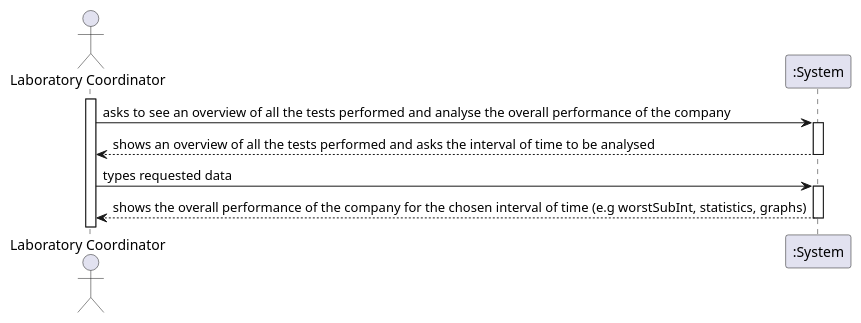
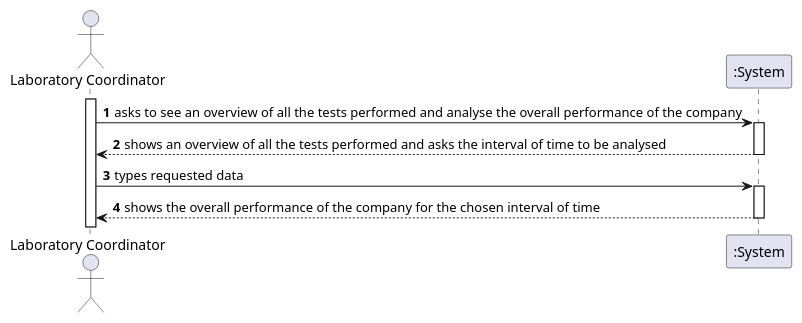
Before and after one commit to ana-albergaria/LAPR2-ISEP: the diagram in docs/SprintD/US_16/US16_SSD.puml, drawn with PlantUML. The commit also changed 2 other files, not shown here.

```diff
--- a/docs/SprintD/US_16/US16_SSD.puml
+++ b/docs/SprintD/US_16/US16_SSD.puml
@@ -1,16 +1,16 @@
 @startuml
-
+autonumber
 actor "Laboratory Coordinator" as LC
 
 activate LC
 LC-> ":System" : asks to see an overview of all the tests performed and analyse the overall performance of the company
 activate ":System"
 ":System" --> LC : shows an overview of all the tests performed and asks the interval of time to be analysed
 deactivate ":System"
 
 LC-> ":System" : types requested data
 activate ":System"
-":System" --> LC : shows the overall performance of the company for the chosen interval of time (e.g worstSubInt, statistics, graphs)
+":System" --> LC : shows the overall performance of the company for the chosen interval of time
 deactivate ":System"
 
 @enduml
```
